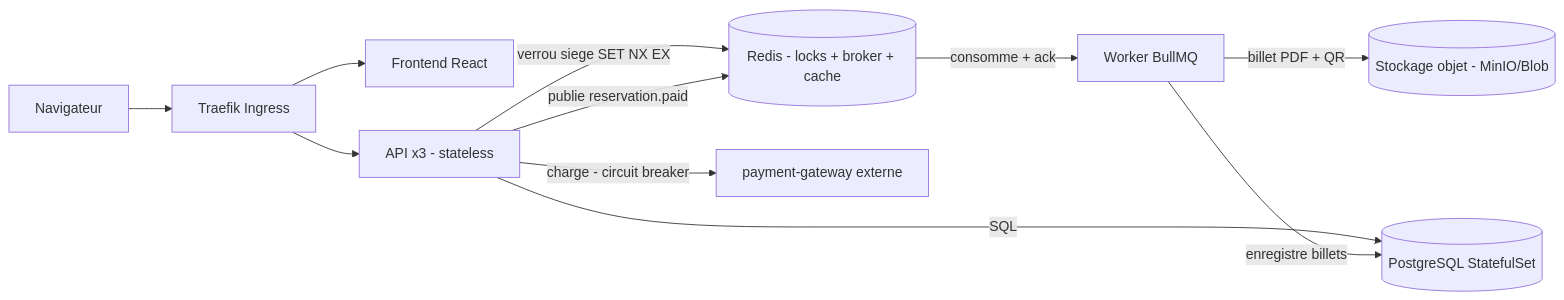
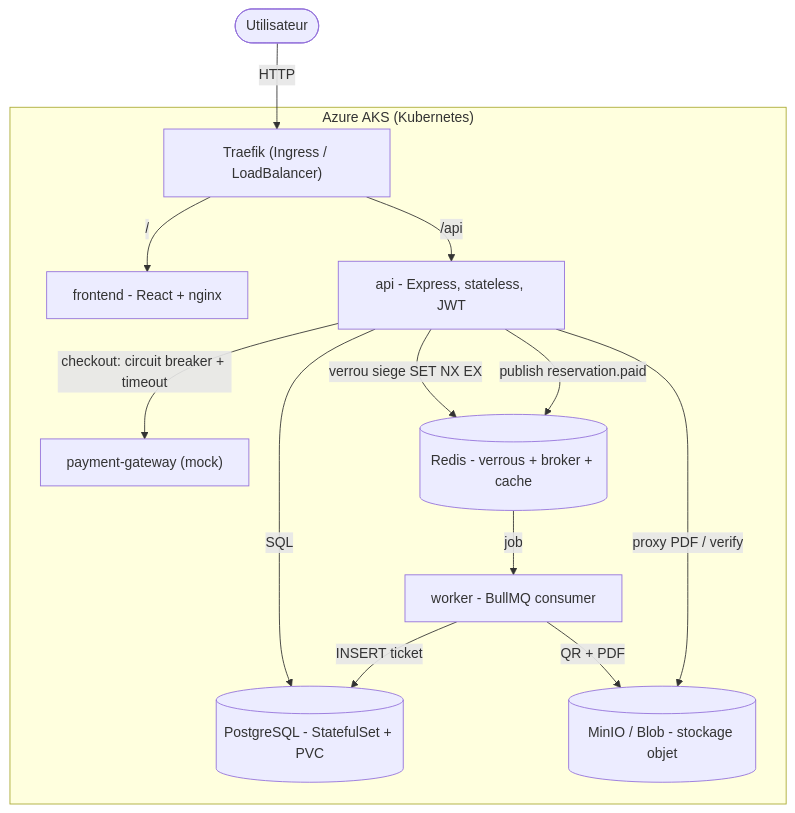
Before and after one commit to SamymaS/ticketflow: the diagram in README.md, drawn with Mermaid. The commit also changed other lines of this file and 1 other file, not shown here.

````diff
--- a/README.md
+++ b/README.md
@@ -9,13 +21,28 @@
 ```mermaid
-flowchart LR
-  U[Navigateur] --> T[Traefik Ingress]
-  T --> F[Frontend React]
-  T --> A[API x3 - stateless]
-  A -->|verrou siege SET NX EX| R[(Redis - locks + broker + cache)]
-  A -->|SQL| P[(PostgreSQL StatefulSet)]
-  A -->|charge - circuit breaker| G[payment-gateway externe]
-  A -->|publie reservation.paid| R
-  R -->|consomme + ack| W[Worker BullMQ]
-  W -->|billet PDF + QR| S[(Stockage objet - MinIO/Blob)]
-  W -->|enregistre billets| P
+flowchart TB
+    user([Utilisateur])
+
+    subgraph cloud["Azure AKS (Kubernetes)"]
+        traefik["Traefik (Ingress / LoadBalancer)"]
+        frontend["frontend - React + nginx"]
+        api["api - Express, stateless, JWT"]
+        pay["payment-gateway (mock)"]
+        worker["worker - BullMQ consumer"]
+        redis[("Redis - verrous + broker + cache")]
+        pg[("PostgreSQL - StatefulSet + PVC")]
+        minio[("MinIO / Blob - stockage objet")]
+    end
+
+    user -->|HTTP| traefik
+    traefik -->|"/"| frontend
+    traefik -->|"/api"| api
+
+    api -->|"verrou siege SET NX EX"| redis
+    api -->|"SQL"| pg
+    api -->|"checkout: circuit breaker + timeout"| pay
+    api -->|"publish reservation.paid"| redis
+    redis -->|"job"| worker
+    worker -->|"QR + PDF"| minio
+    worker -->|"INSERT ticket"| pg
+    api -->|"proxy PDF / verify"| minio
 ```
````
